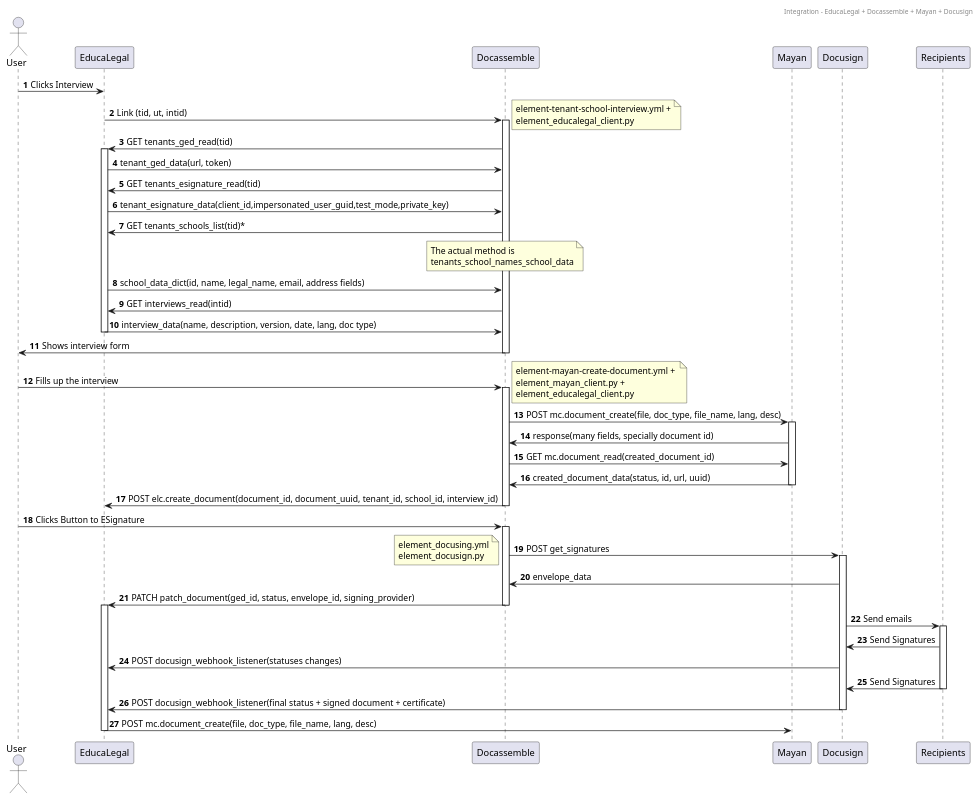
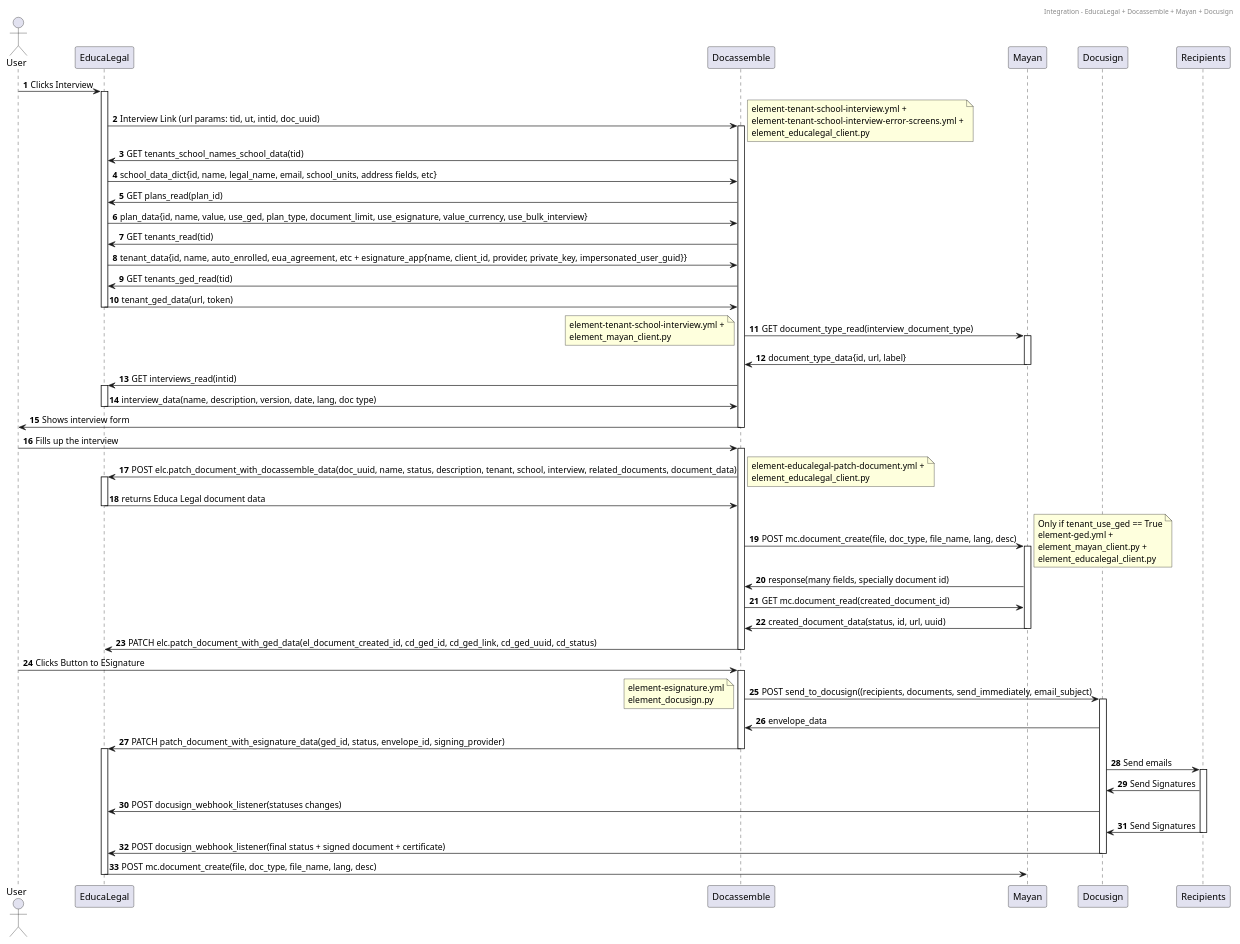
Before and after one commit to rvnovaes/educalegal: the diagram in fluxos/educalegal_api_seq_diagram.pu, drawn with PlantUML. The commit also changed 3 other files, not shown here.

Commit message:
Atualizado o diagrama da API

```diff
--- a/fluxos/educalegal_api_seq_diagram.pu
+++ b/fluxos/educalegal_api_seq_diagram.pu
@@ -1,65 +1,112 @@
 @startuml
 header Integration - EducaLegal + Docassemble + Mayan + Docusign
 actor User
 autonumber
+
 User -> EducaLegal: Clicks Interview
-EducaLegal -> Docassemble: Link (tid, ut, intid)
+activate EducaLegal
+
+EducaLegal -> Docassemble: Interview Link (url params: tid, ut, intid, doc_uuid)
+activate Docassemble
+
 note right
 element-tenant-school-interview.yml +
+element-tenant-school-interview-error-screens.yml +
 element_educalegal_client.py
 end note
-activate Docassemble
+
+Docassemble -> EducaLegal: GET tenants_school_names_school_data(tid)
+EducaLegal -> Docassemble: school_data_dict{id, name, legal_name, email, school_units, address fields, etc}
+
+Docassemble -> EducaLegal: GET plans_read(plan_id)
+EducaLegal -> Docassemble: plan_data{id, name, value, use_ged, plan_type, document_limit, use_esignature, value_currency, use_bulk_interview}
+
+Docassemble -> EducaLegal : GET tenants_read(tid)
+EducaLegal -> Docassemble: tenant_data{id, name, auto_enrolled, eua_agreement, etc + esignature_app{name, client_id, provider, private_key, impersonated_user_guid}}
+
 Docassemble -> EducaLegal: GET tenants_ged_read(tid)
+EducaLegal -> Docassemble: tenant_ged_data(url, token)
+deactivate EducaLegal
+
+Docassemble -> Mayan: GET document_type_read(interview_document_type)
+activate Mayan
+
+note left
+element-tenant-school-interview.yml +
+element_mayan_client.py
+end note
+
+Mayan -> Docassemble: document_type_data{id, url, label}
+deactivate Mayan
+
+Docassemble -> EducaLegal: GET interviews_read(intid)
 activate EducaLegal
-EducaLegal -> Docassemble: tenant_ged_data(url, token)
-Docassemble -> EducaLegal: GET tenants_esignature_read(tid)
-EducaLegal -> Docassemble: tenant_esignature_data(client_id,impersonated_user_guid,test_mode,private_key)
-Docassemble -> EducaLegal: GET tenants_schools_list(tid)*
-note over Docassemble
-The actual method is 
-tenants_school_names_school_data
-end note
-EducaLegal -> Docassemble: school_data_dict(id, name, legal_name, email, address fields)
-Docassemble -> EducaLegal: GET interviews_read(intid)
+
+
 EducaLegal -> Docassemble: interview_data(name, description, version, date, lang, doc type)
 deactivate EducaLegal
+
 Docassemble -> User: Shows interview form
 deactivate Docassemble
+
 User -> Docassemble: Fills up the interview
+activate Docassemble
+
+Docassemble -> EducaLegal: POST elc.patch_document_with_docassemble_data(doc_uuid, name, status, description, tenant, school, interview, related_documents, document_data)
+activate EducaLegal
+
+
 note right
-element-mayan-create-document.yml + 
+element-educalegal-patch-document.yml +
+element_educalegal_client.py
+end note
+
+EducaLegal -> Docassemble: returns Educa Legal document data
+deactivate EducaLegal
+
+Docassemble -> Mayan: POST mc.document_create(file, doc_type, file_name, lang, desc)
+activate Mayan
+
+note right
+Only if tenant_use_ged == True
+element-ged.yml + 
 element_mayan_client.py +
 element_educalegal_client.py
 end note
-activate Docassemble
-Docassemble -> Mayan: POST mc.document_create(file, doc_type, file_name, lang, desc)
-activate Mayan
+
 Mayan -> Docassemble: response(many fields, specially document id)
 Docassemble -> Mayan: GET mc.document_read(created_document_id)
 Mayan -> Docassemble: created_document_data(status, id, url, uuid)
 deactivate Mayan
-Docassemble -> EducaLegal: POST elc.create_document(document_id, document_uuid, tenant_id, school_id, interview_id)
+Docassemble -> EducaLegal: PATCH elc.patch_document_with_ged_data(el_document_created_id, cd_ged_id, cd_ged_link, cd_ged_uuid, cd_status)
 deactivate Docassemble
 User -> Docassemble: Clicks Button to ESignature
 activate Docassemble
-Docassemble -> Docusign: POST get_signatures
+
+Docassemble -> Docusign: POST send_to_docusign((recipients, documents, send_immediately, email_subject)
+activate Docusign
+
 note left
-element_docusing.yml
+element-esignature.yml
 element_docusign.py
 end note
-activate Docusign
+
+
 Docusign -> Docassemble: envelope_data
-Docassemble -> EducaLegal: PATCH patch_document(ged_id, status, envelope_id, signing_provider)
+Docassemble -> EducaLegal: PATCH patch_document_with_esignature_data(ged_id, status, envelope_id, signing_provider)
 deactivate Docassemble
 activate EducaLegal
+
 Docusign -> Recipients: Send emails
 activate Recipients
 Recipients -> Docusign: Send Signatures
 Docusign -> EducaLegal: POST docusign_webhook_listener(statuses changes)
 Recipients -> Docusign: Send Signatures
 deactivate Recipients
+
 Docusign -> EducaLegal: POST docusign_webhook_listener(final status + signed document + certificate)
 deactivate Docusign
+
 EducaLegal -> Mayan: POST mc.document_create(file, doc_type, file_name, lang, desc)
 deactivate EducaLegal
 @enduml
```
